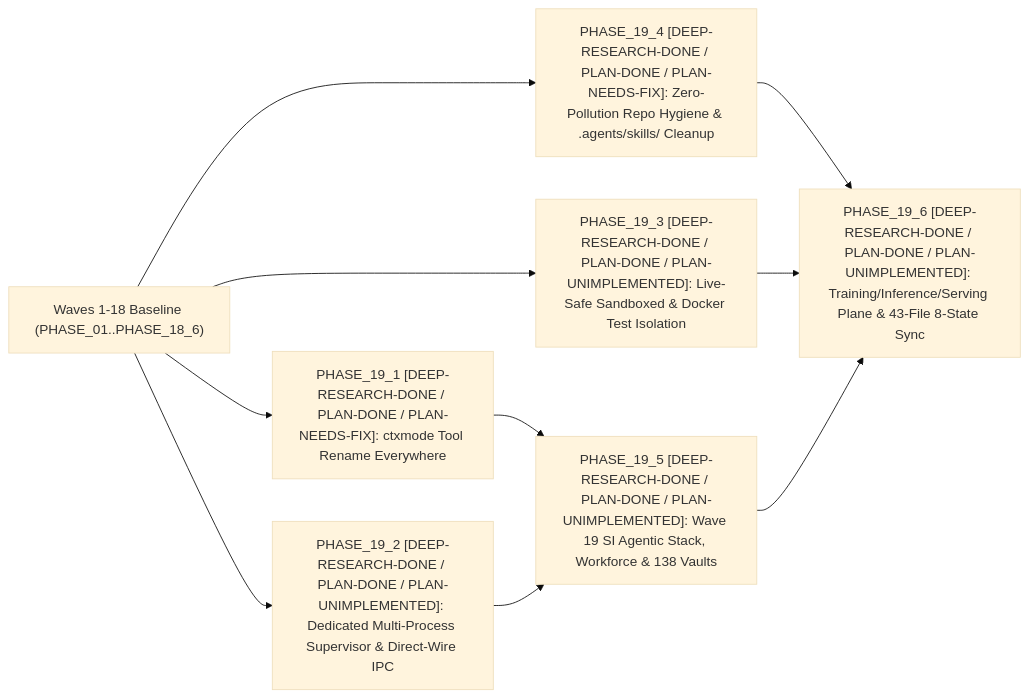
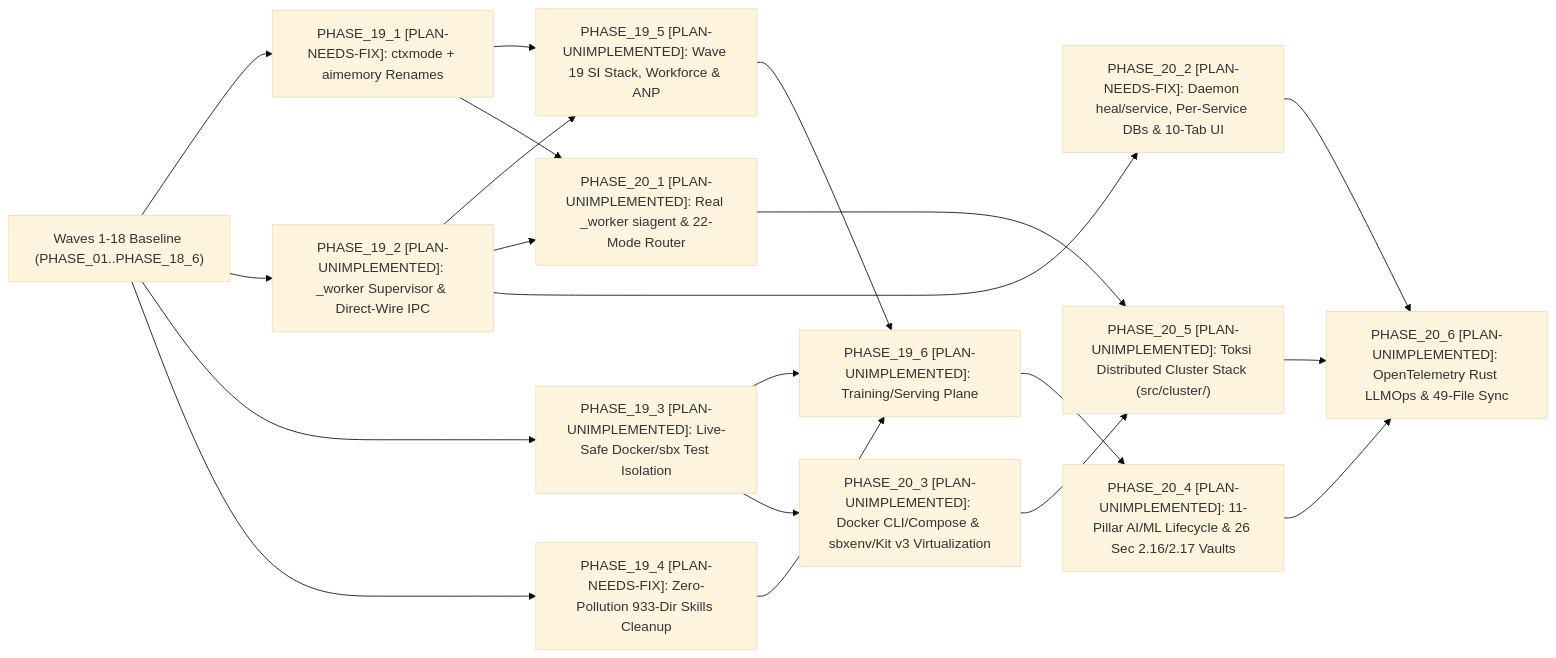
The third of 3 diagrams in crates/toksi/research/RESEARCHPLAN.md (Navegos/neo), drawn with Mermaid (base theme) before and after one commit. The commit also changed other lines of this file and 1 other file, not shown here.

First line of the commit message:
Add Orchestrator Mode-to-Architecture Mapping for `<toksi-siagent>`

````diff
--- a/crates/toksi/research/RESEARCHPLAN.md
+++ b/crates/toksi/research/RESEARCHPLAN.md
@@ -1912,12 +2177,22 @@
 ```mermaid
 flowchart LR
-    W18["Waves 1-18 Baseline (PHASE_01..PHASE_18_6)"] --> W19_1["PHASE_19_1 [DEEP-RESEARCH-DONE / PLAN-DONE / PLAN-NEEDS-FIX]: ctxmode Tool Rename Everywhere"]
-    W18 --> W19_2["PHASE_19_2 [DEEP-RESEARCH-DONE / PLAN-DONE / PLAN-UNIMPLEMENTED]: Dedicated Multi-Process Supervisor & Direct-Wire IPC"]
-    W18 --> W19_3["PHASE_19_3 [DEEP-RESEARCH-DONE / PLAN-DONE / PLAN-UNIMPLEMENTED]: Live-Safe Sandboxed & Docker Test Isolation"]
-    W18 --> W19_4["PHASE_19_4 [DEEP-RESEARCH-DONE / PLAN-DONE / PLAN-NEEDS-FIX]: Zero-Pollution Repo Hygiene & .agents/skills/ Cleanup"]
-    W19_1 --> W19_5["PHASE_19_5 [DEEP-RESEARCH-DONE / PLAN-DONE / PLAN-UNIMPLEMENTED]: Wave 19 SI Agentic Stack, Workforce & 138 Vaults"]
+    W18["Waves 1-18 Baseline (PHASE_01..PHASE_18_6)"] --> W19_1["PHASE_19_1 [PLAN-NEEDS-FIX]: ctxmode + aimemory Renames"]
+    W18 --> W19_2["PHASE_19_2 [PLAN-UNIMPLEMENTED]: _worker Supervisor & Direct-Wire IPC"]
+    W18 --> W19_3["PHASE_19_3 [PLAN-UNIMPLEMENTED]: Live-Safe Docker/sbx Test Isolation"]
+    W18 --> W19_4["PHASE_19_4 [PLAN-NEEDS-FIX]: Zero-Pollution 933-Dir Skills Cleanup"]
+    W19_1 --> W19_5["PHASE_19_5 [PLAN-UNIMPLEMENTED]: Wave 19 SI Stack, Workforce & ANP"]
     W19_2 --> W19_5
-    W19_4 --> W19_6["PHASE_19_6 [DEEP-RESEARCH-DONE / PLAN-DONE / PLAN-UNIMPLEMENTED]: Training/Inference/Serving Plane & 43-File 8-State Sync"]
+    W19_4 --> W19_6["PHASE_19_6 [PLAN-UNIMPLEMENTED]: Training/Serving Plane"]
     W19_3 --> W19_6
     W19_5 --> W19_6
+    W19_2 --> W20_1["PHASE_20_1 [PLAN-UNIMPLEMENTED]: Real _worker siagent & 22-Mode Router"]
+    W19_1 --> W20_1
+    W19_2 --> W20_2["PHASE_20_2 [PLAN-NEEDS-FIX]: Daemon heal/service, Per-Service DBs & 10-Tab UI"]
+    W19_3 --> W20_3["PHASE_20_3 [PLAN-UNIMPLEMENTED]: Docker CLI/Compose & sbxenv/Kit v3 Virtualization"]
+    W19_6 --> W20_4["PHASE_20_4 [PLAN-UNIMPLEMENTED]: 11-Pillar AI/ML Lifecycle & 26 Sec 2.16/2.17 Vaults"]
+    W20_1 --> W20_5["PHASE_20_5 [PLAN-UNIMPLEMENTED]: Toksi Distributed Cluster Stack (src/cluster/)"]
+    W20_3 --> W20_5
+    W20_2 --> W20_6["PHASE_20_6 [PLAN-UNIMPLEMENTED]: OpenTelemetry Rust LLMOps & 49-File Sync"]
+    W20_4 --> W20_6
+    W20_5 --> W20_6
 ```
````
